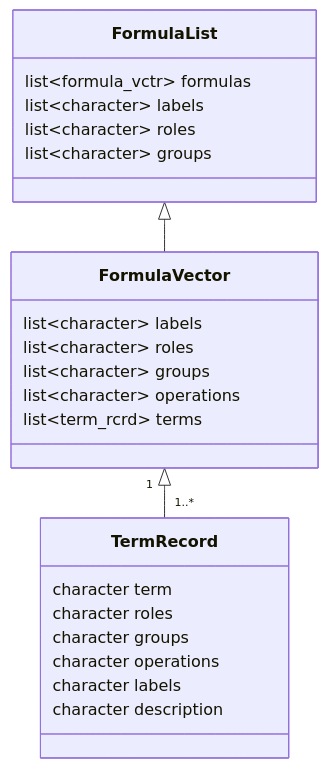
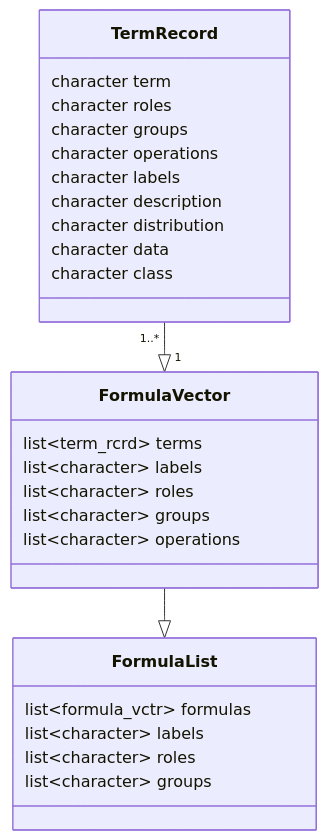
Before and after one commit to shah-in-boots/notes: the diagram in docs/Epidemiology/programming-formula-lists.md, drawn with Mermaid. The commit also changed other lines of this file and 1 other file, not shown here.

Commit message:
formula lists

````diff
--- a/docs/Epidemiology/programming-formula-lists.md
+++ b/docs/Epidemiology/programming-formula-lists.md
@@ -26,31 +28,36 @@
 ```mermaid
 classDiagram
 direction TB
+
+
+class TermRecord {
+	character term
+	character roles
+	character groups
+	character operations
+	character labels
+	character description
+	character distribution
+	character data
+	character class
+}
+
+class FormulaVector {
+	list~term_rcrd~ terms
+	list~character~ labels
+	list~character~ roles
+	list~character~ groups
+	list~character~ operations
+}
 
 class FormulaList {
 	list~formula_vctr~ formulas
 	list~character~ labels
 	list~character~ roles
 	list~character~ groups
 }
 
-class FormulaVector {
-	list~character~ labels
-	list~character~ roles
-	list~character~ groups
-	list~character~ operations
-	list~term_rcrd~ terms
-}
 
-class TermRecord {
-	character term
-	character roles
-	character groups
-	character operations
-	character labels
-	character description
-}
-
-FormulaList <|-- FormulaVector
-FormulaVector "1" <|-- "1..*" TermRecord
+TermRecord "1..*" --|> "1" FormulaVector
+FormulaVector --|> FormulaList
 ```
````
